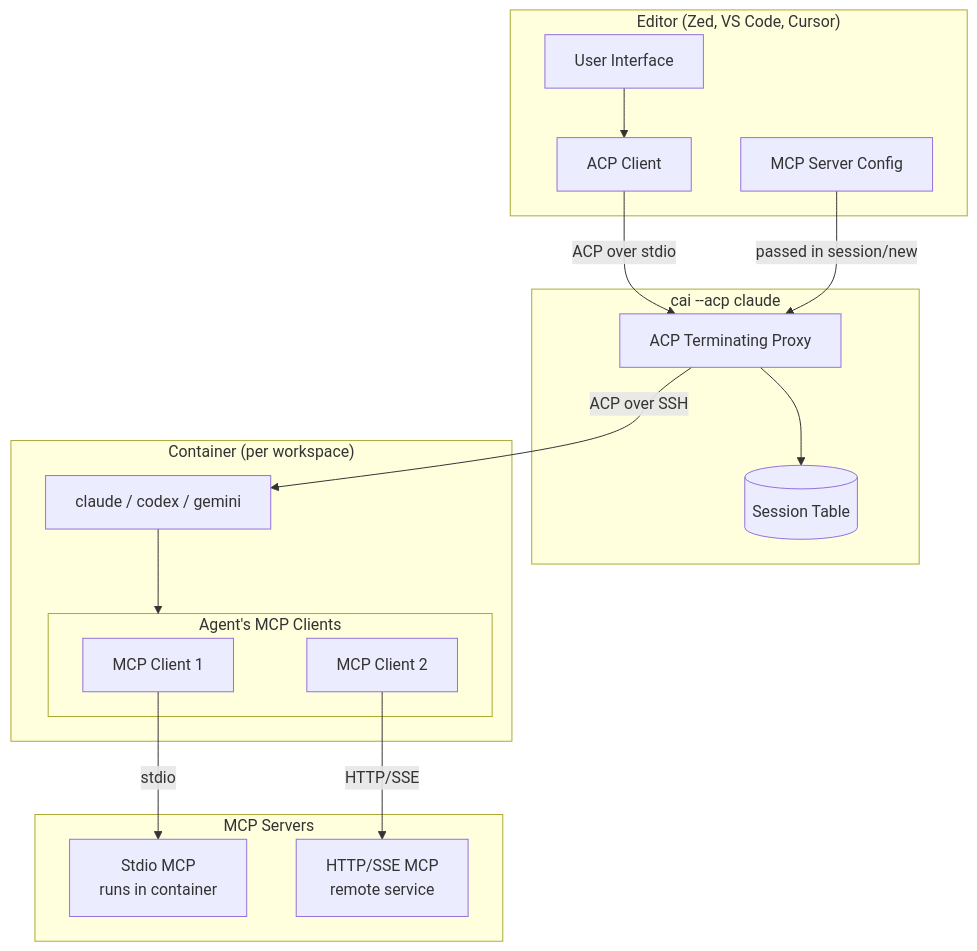
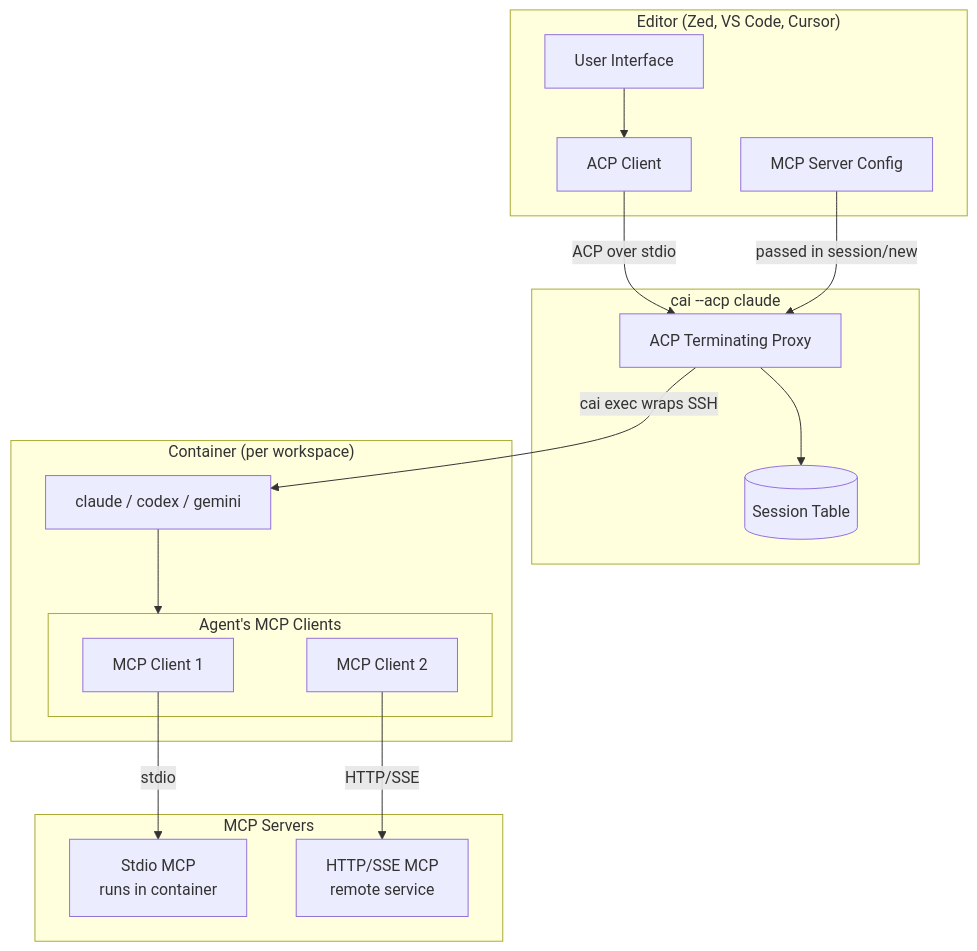
One commit to novotnyllc/ContainAI changed the diagram in .flow/specs/fn-40-996.md. Above: the diagram before and after it, drawn with Mermaid. The commit also changed other lines of this file and 14 other files, not shown here.

First line of the commit message:
feat(acp): add ACP terminating proxy for editor integration

````diff
--- a/.flow/specs/fn-40-996.md
+++ b/.flow/specs/fn-40-996.md
@@ -13,35 +13,35 @@
 ```mermaid
 flowchart TB
     subgraph Editor["Editor (Zed, VS Code, Cursor)"]
         UI[User Interface]
         ACPClient[ACP Client]
         MCPConfig[MCP Server Config]
     end
 
     subgraph ContainAI["cai --acp claude"]
         Proxy[ACP Terminating Proxy]
         Sessions[(Session Table)]
     end
 
     subgraph Container["Container (per workspace)"]
         Agent[claude / codex / gemini]
         subgraph MCPClients["Agent's MCP Clients"]
             MCP1[MCP Client 1]
             MCP2[MCP Client 2]
         end
     end
 
     subgraph MCPServers["MCP Servers"]
         StdioMCP[Stdio MCP<br/>runs in container]
         RemoteMCP[HTTP/SSE MCP<br/>remote service]
     end
 
     UI --> ACPClient
     ACPClient -->|"ACP over stdio"| Proxy
     MCPConfig -->|"passed in session/new"| Proxy
     Proxy --> Sessions
-    Proxy -->|"ACP over SSH"| Agent
+    Proxy -->|"cai exec wraps SSH"| Agent
     Agent --> MCPClients
     MCP1 -->|"stdio"| StdioMCP
     MCP2 -->|"HTTP/SSE"| RemoteMCP
 ```
````
